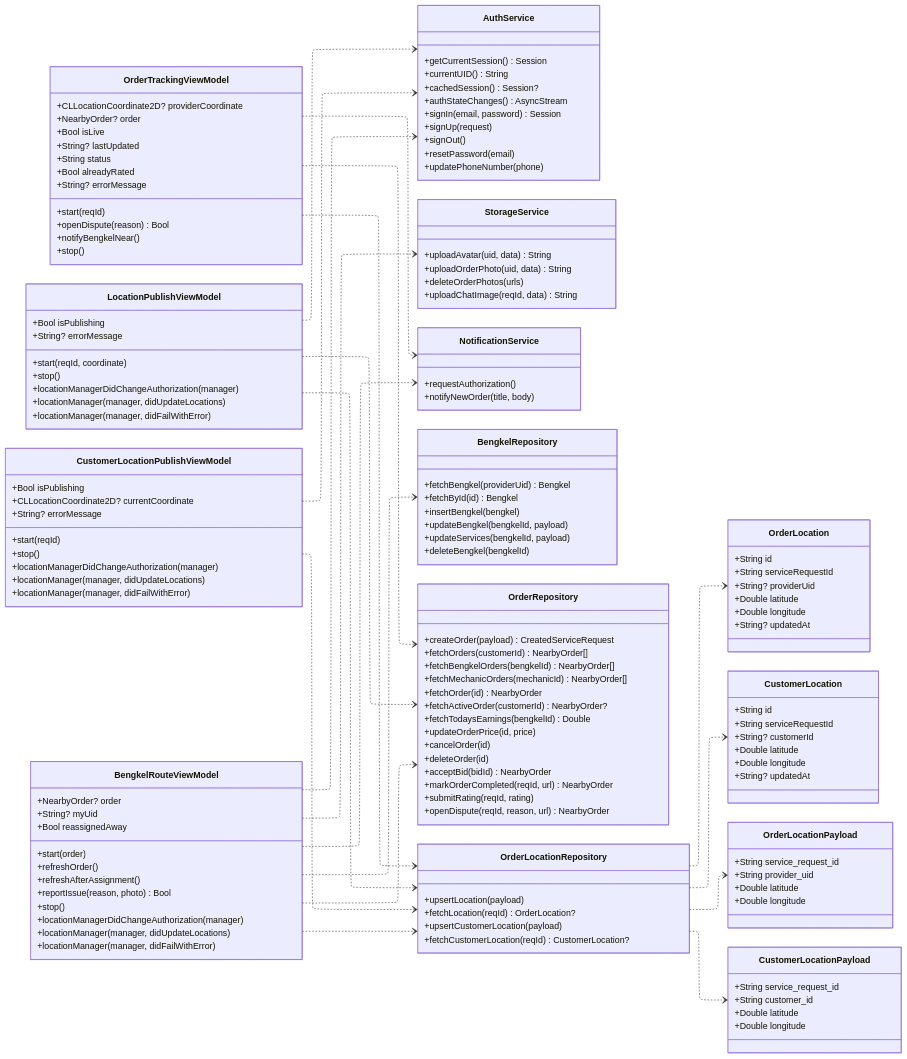
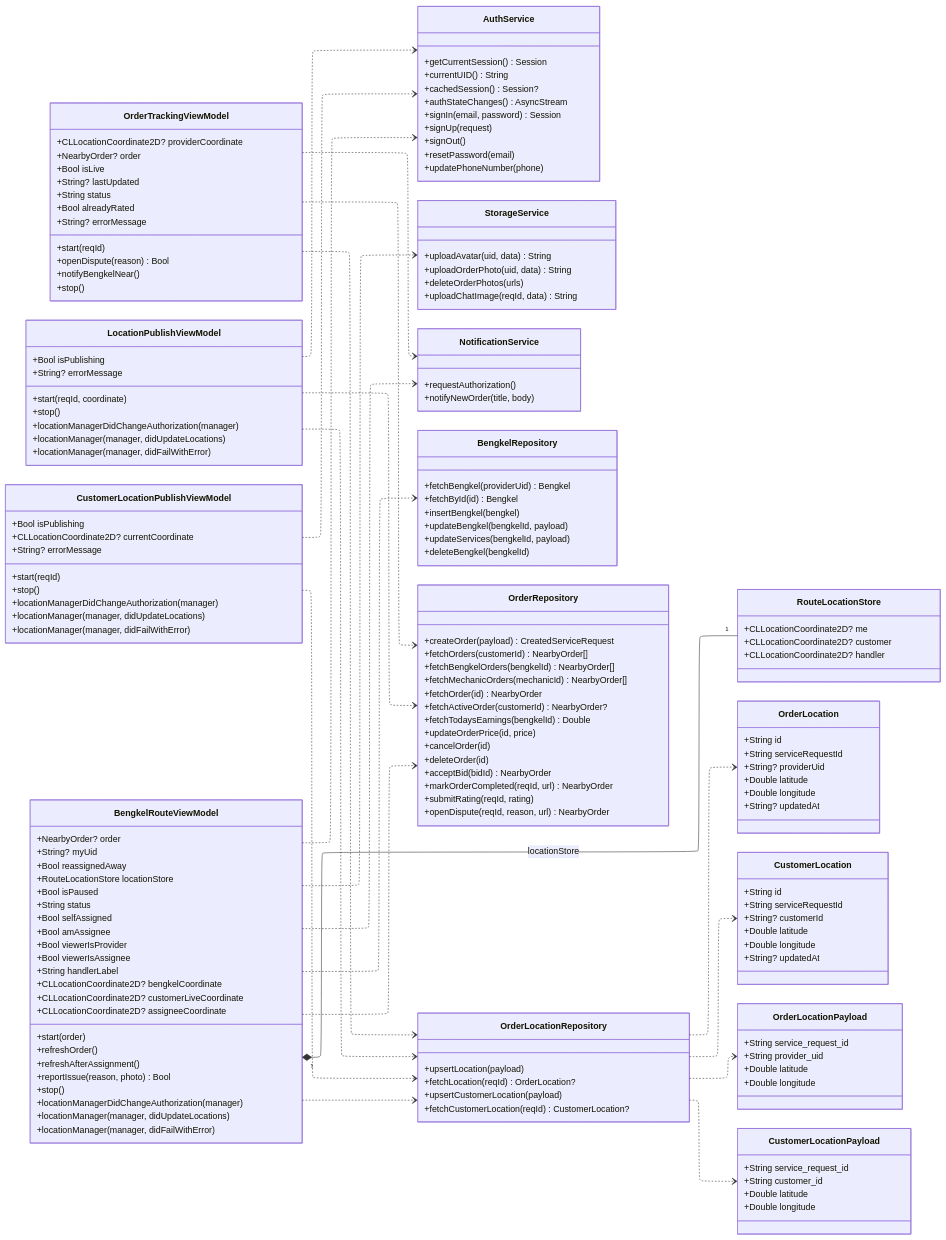
The eighth of 12 diagrams in diagram/feature-class-diagrams.md (rei-soemanto/BengkelIn_SE), drawn with Mermaid before and after one commit. The commit also changed other lines of this file and 9 other files, not shown here.

Commit message:
feature-class-diagram update

```diff
--- a/diagram/feature-class-diagrams.md
+++ b/diagram/feature-class-diagrams.md
@@ -1240,6 +1264,17 @@
         +NearbyOrder? order
         +String? myUid
         +Bool reassignedAway
+        +RouteLocationStore locationStore
+        +Bool isPaused
+        +String status
+        +Bool selfAssigned
+        +Bool amAssignee
+        +Bool viewerIsProvider
+        +Bool viewerIsAssignee
+        +String handlerLabel
+        +CLLocationCoordinate2D? bengkelCoordinate
+        +CLLocationCoordinate2D? customerLiveCoordinate
+        +CLLocationCoordinate2D? assigneeCoordinate
         +start(order)
         +refreshOrder()
         +refreshAfterAssignment()
@@ -1248,6 +1283,11 @@
         +locationManagerDidChangeAuthorization(manager)
         +locationManager(manager, didUpdateLocations)
         +locationManager(manager, didFailWithError)
+    }
+    class RouteLocationStore {
+        +CLLocationCoordinate2D? me
+        +CLLocationCoordinate2D? customer
+        +CLLocationCoordinate2D? handler
     }
     class OrderLocation {
         +String id
@@ -1292,6 +1332,7 @@
     BengkelRouteViewModel ..> StorageService
     BengkelRouteViewModel ..> AuthService
     BengkelRouteViewModel ..> NotificationService
+    BengkelRouteViewModel "1" *-- "1" RouteLocationStore : locationStore
     OrderLocationRepository ..> OrderLocation
     OrderLocationRepository ..> CustomerLocation
     OrderLocationRepository ..> OrderLocationPayload
```
